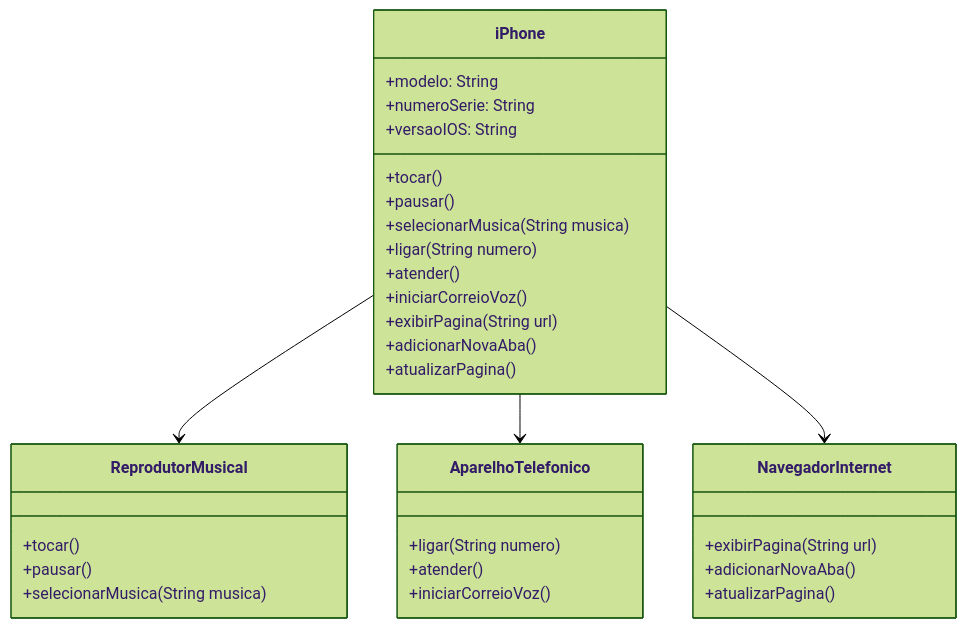
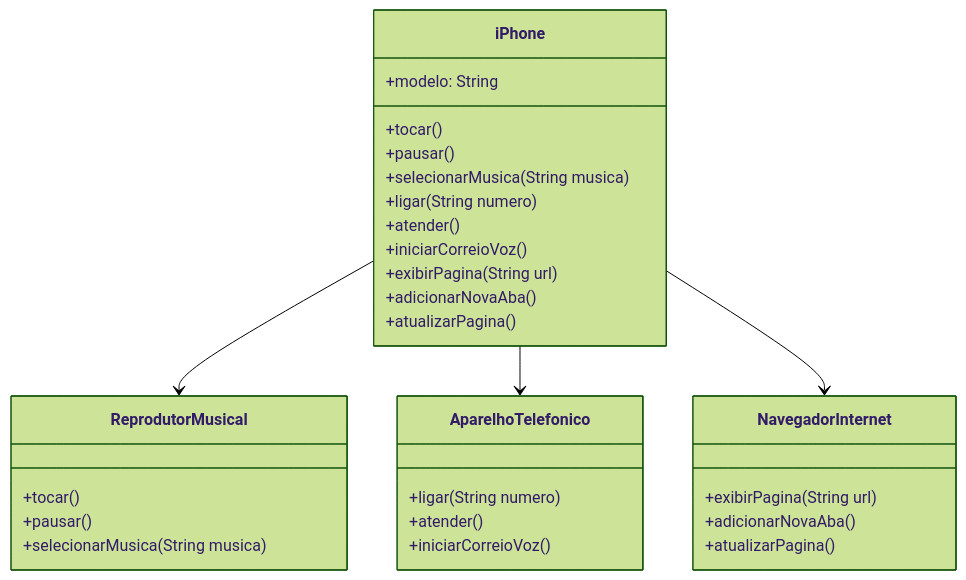
The diagram in Java POO/DesafioModelandoIphone/Reademe.md (williaw-lira/Java-Curso), drawn with Mermaid (forest theme) before and after one commit.

Commit message:
UML iPhone

````diff
--- a/Java POO/DesafioModelandoIphone/Reademe.md
+++ b/Java POO/DesafioModelandoIphone/Reademe.md
@@ -1,39 +1,38 @@
 ```mermaid
 classDiagram
     class ReprodutorMusical {
         +tocar()
         +pausar()
         +selecionarMusica(String musica)
     }
 
     class AparelhoTelefonico {
         +ligar(String numero)
         +atender()
         +iniciarCorreioVoz()
     }
 
     class NavegadorInternet {
         +exibirPagina(String url)
         +adicionarNovaAba()
         +atualizarPagina()
     }
 
     class iPhone {
         +modelo: String
-        +numeroSerie: String
-        +versaoIOS: String
+
         +tocar()
         +pausar()
         +selecionarMusica(String musica)
         +ligar(String numero)
         +atender()
         +iniciarCorreioVoz()
         +exibirPagina(String url)
         +adicionarNovaAba()
         +atualizarPagina()
     }
 
     iPhone --> ReprodutorMusical
     iPhone --> AparelhoTelefonico
     iPhone --> NavegadorInternet
 ```
````
